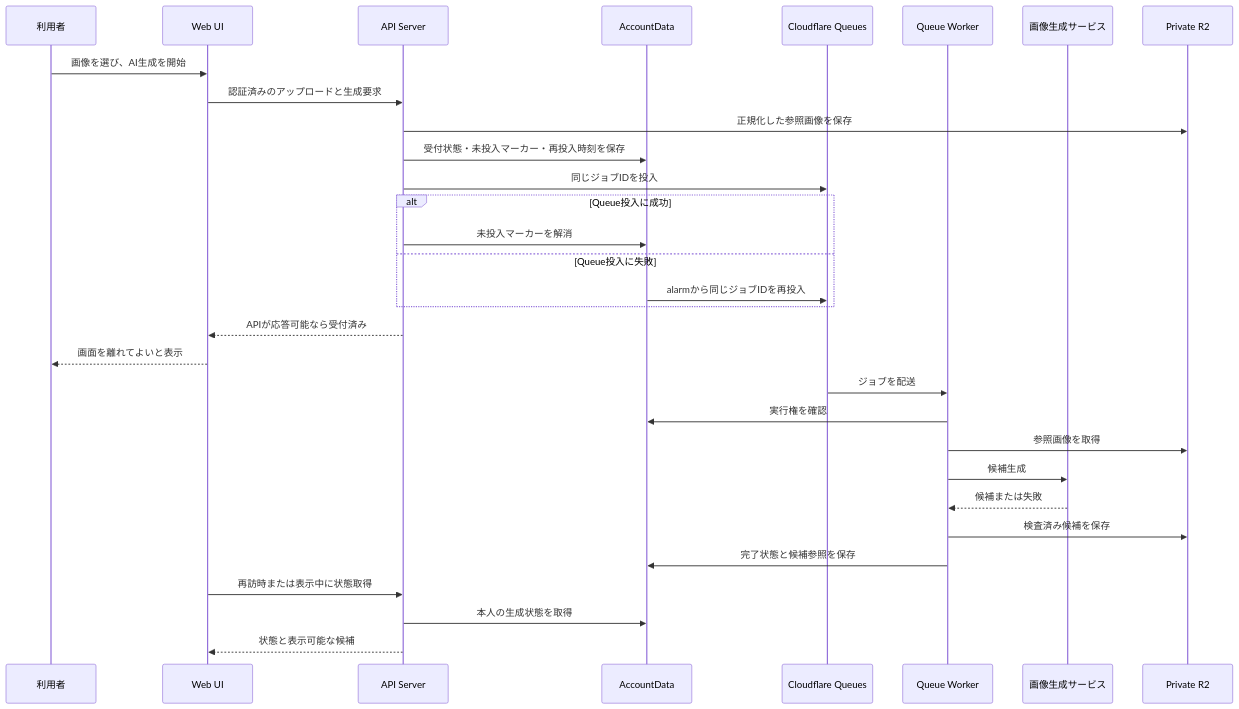
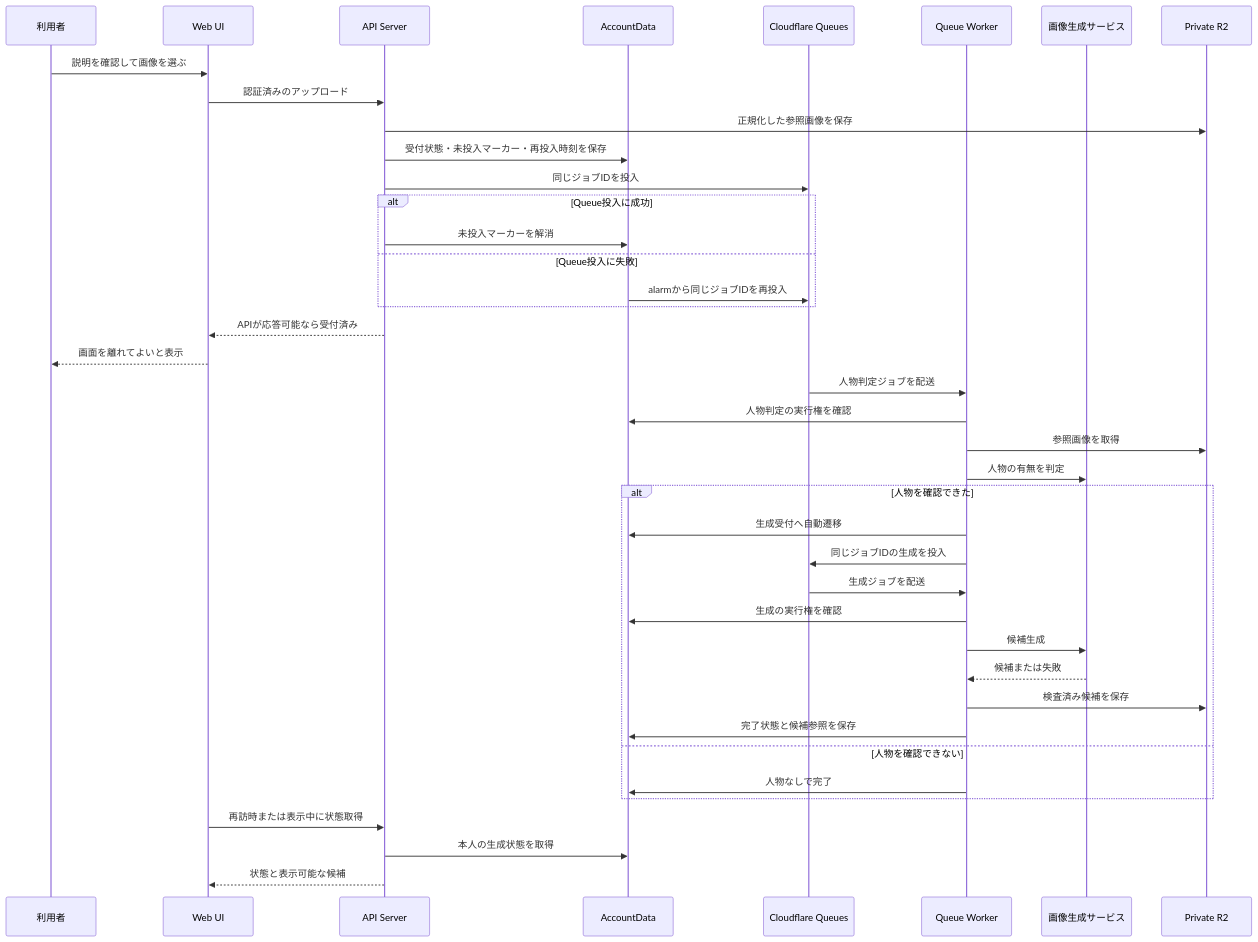
The second of 4 diagrams in docs/product/avatar-experience.md (kkyosuke/me-builder), drawn with Mermaid before and after one commit. The commit also changed other lines of this file and 15 other files, not shown here.

````diff
--- a/docs/product/avatar-experience.md
+++ b/docs/product/avatar-experience.md
@@ -149,34 +145,43 @@
 ```mermaid
 sequenceDiagram
     participant U as 利用者
     participant W as Web UI
     participant A as API Server
     participant D as AccountData
     participant Q as Cloudflare Queues
     participant K as Queue Worker
     participant I as 画像生成サービス
     participant R as Private R2
 
-    U->>W: 画像を選び、AI生成を開始
-    W->>A: 認証済みのアップロードと生成要求
+    U->>W: 説明を確認して画像を選ぶ
+    W->>A: 認証済みのアップロード
     A->>R: 正規化した参照画像を保存
     A->>D: 受付状態・未投入マーカー・再投入時刻を保存
     A->>Q: 同じジョブIDを投入
     alt Queue投入に成功
         A->>D: 未投入マーカーを解消
     else Queue投入に失敗
         D->>Q: alarmから同じジョブIDを再投入
     end
     A-->>W: APIが応答可能なら受付済み
     W-->>U: 画面を離れてよいと表示
-    Q->>K: ジョブを配送
-    K->>D: 実行権を確認
+    Q->>K: 人物判定ジョブを配送
+    K->>D: 人物判定の実行権を確認
     K->>R: 参照画像を取得
-    K->>I: 候補生成
-    I-->>K: 候補または失敗
-    K->>R: 検査済み候補を保存
-    K->>D: 完了状態と候補参照を保存
+    K->>I: 人物の有無を判定
+    alt 人物を確認できた
+        K->>D: 生成受付へ自動遷移
+        K->>Q: 同じジョブIDの生成を投入
+        Q->>K: 生成ジョブを配送
+        K->>D: 生成の実行権を確認
+        K->>I: 候補生成
+        I-->>K: 候補または失敗
+        K->>R: 検査済み候補を保存
+        K->>D: 完了状態と候補参照を保存
+    else 人物を確認できない
+        K->>D: 人物なしで完了
+    end
     W->>A: 再訪時または表示中に状態取得
     A->>D: 本人の生成状態を取得
     A-->>W: 状態と表示可能な候補
 ```
````
